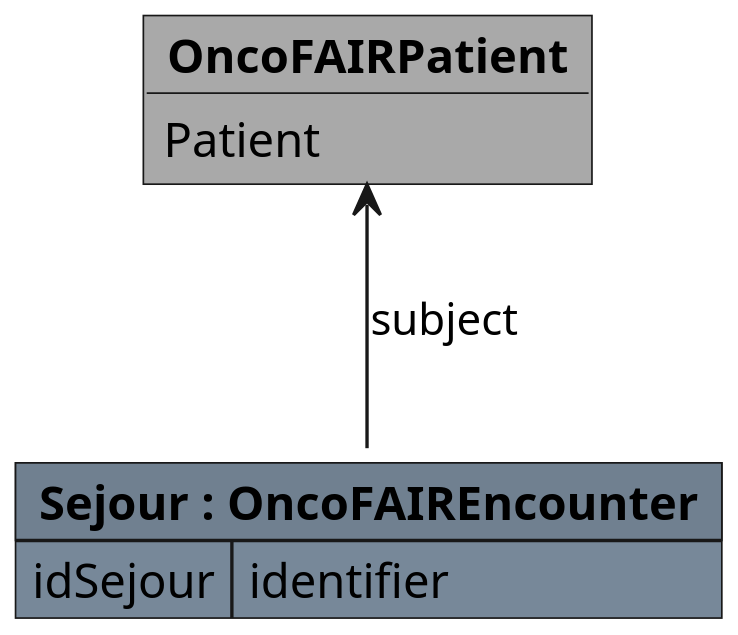
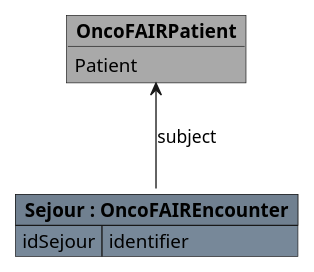
One commit to ONCOFAIR/FHIR-ImplementationGuide-Article changed the diagram in input/images-source/OncoFAIREncounter.plantuml. Above: the diagram before and after it, drawn with PlantUML. The commit also changed 5 other files, not shown here.

```diff
--- a/input/images-source/OncoFAIREncounter.plantuml
+++ b/input/images-source/OncoFAIREncounter.plantuml
@@ -1,15 +1,15 @@
 @startuml
 
-scale 500 width
+scale 200 width
 
 object "**OncoFAIRPatient**" as OncoFAIRPatient #DarkGray {
     Patient
 }
 
 map "**Sejour : OncoFAIREncounter**" as Sejour #back:LightSlateGray;header:SlateGray {
     idSejour => identifier
 }
 
 Sejour -u-> OncoFAIRPatient : subject
 
 @enduml
```
